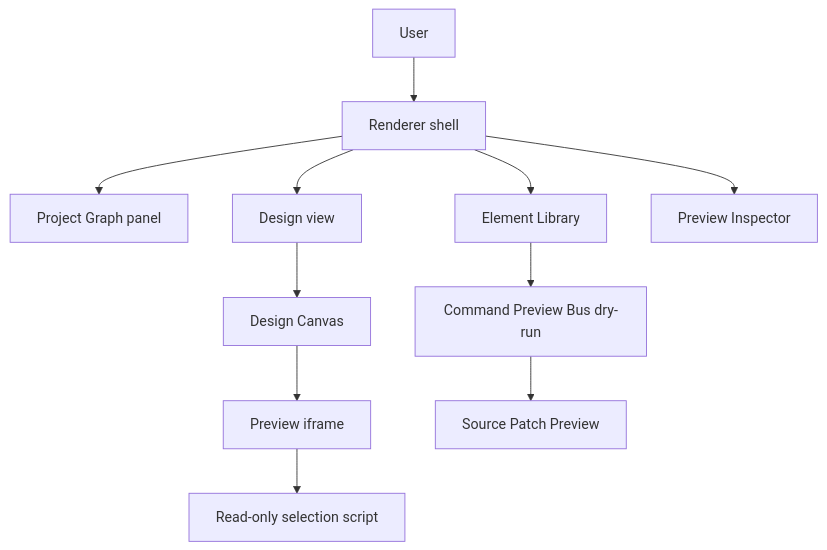
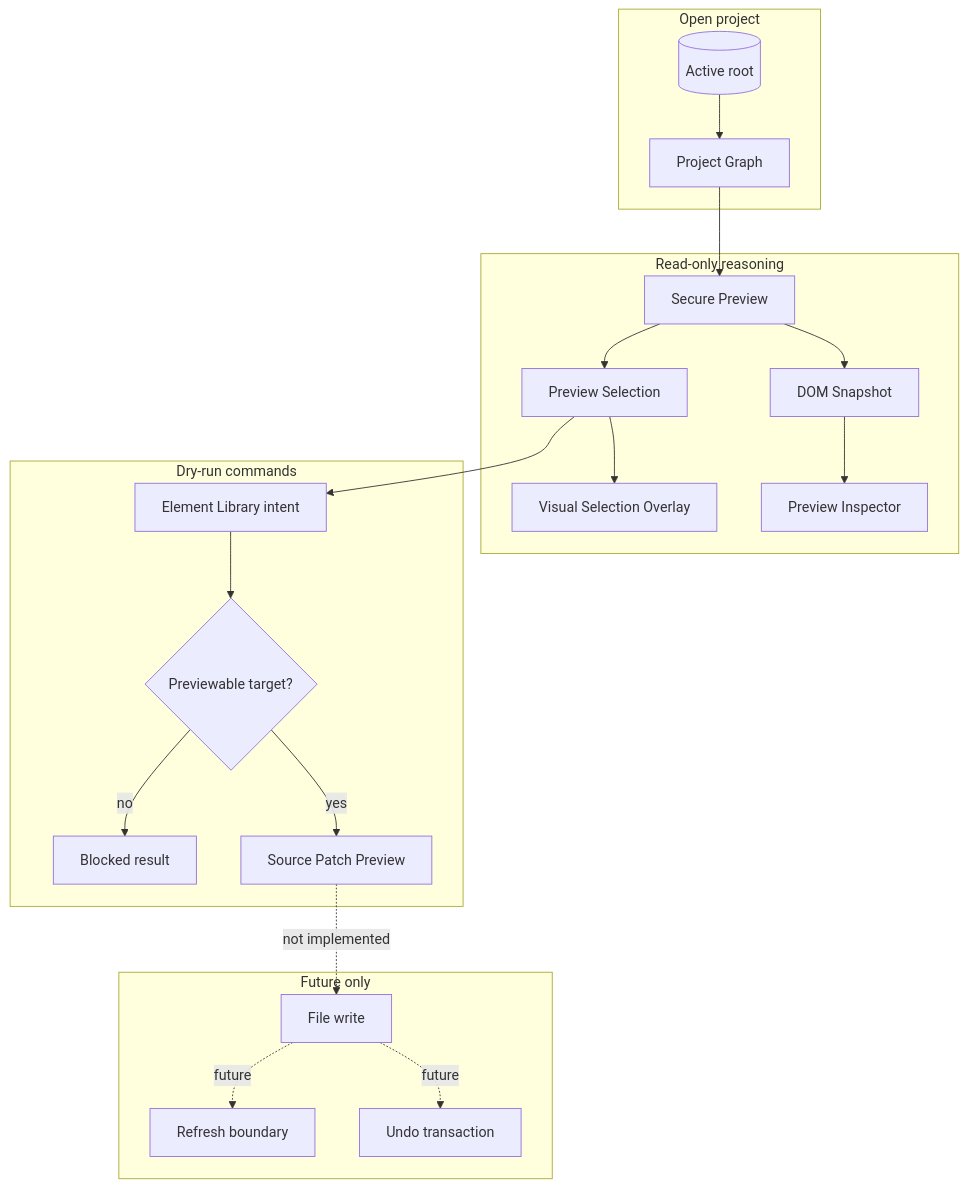
The diagram in docs/architecture/system-overview.md (krestosa/Crystal), drawn with Mermaid before and after one commit. The commit also changed other lines of this file and 7 other files, not shown here.

Commit message:
Improve architecture docs visual structure

````diff
--- a/docs/architecture/system-overview.md
+++ b/docs/architecture/system-overview.md
@@ -15,13 +73,31 @@
 ```mermaid
 flowchart TD
-  User[User] --> Shell[Renderer shell]
-  Shell --> GraphPanel[Project Graph panel]
-  Shell --> DesignView[Design view]
-  Shell --> ElementLibrary[Element Library]
-  DesignView --> Canvas[Design Canvas]
-  Canvas --> Preview[Preview iframe]
-  Preview --> Selection[Read-only selection script]
-  Shell --> Inspector[Preview Inspector]
-  ElementLibrary --> DryRun[Command Preview Bus dry-run]
-  DryRun --> PatchPreview[Source Patch Preview]
+  subgraph Open[Open project]
+    Root[(Active root)] --> Graph[Project Graph]
+  end
+
+  subgraph ReadOnly[Read-only reasoning]
+    Graph --> Preview[Secure Preview]
+    Preview --> Snapshot[DOM Snapshot]
+    Preview --> Selection[Preview Selection]
+    Snapshot --> Inspector[Preview Inspector]
+    Selection --> Overlay[Visual Selection Overlay]
+  end
+
+  subgraph DryRun[Dry-run commands]
+    Selection --> Library[Element Library intent]
+    Library --> Planner{Previewable target?}
+    Planner -->|yes| Patch[Source Patch Preview]
+    Planner -->|no| Blocked[Blocked result]
+  end
+
+  subgraph Future[Future only]
+    Write[File write]
+    Undo[Undo transaction]
+    Refresh[Refresh boundary]
+  end
+
+  Patch -. not implemented .-> Write
+  Write -. future .-> Undo
+  Write -. future .-> Refresh
 ```
````
